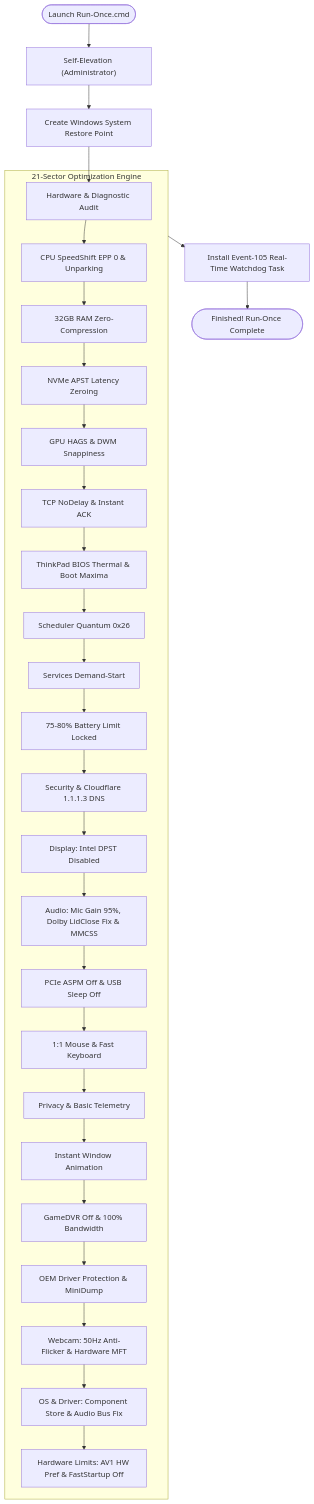
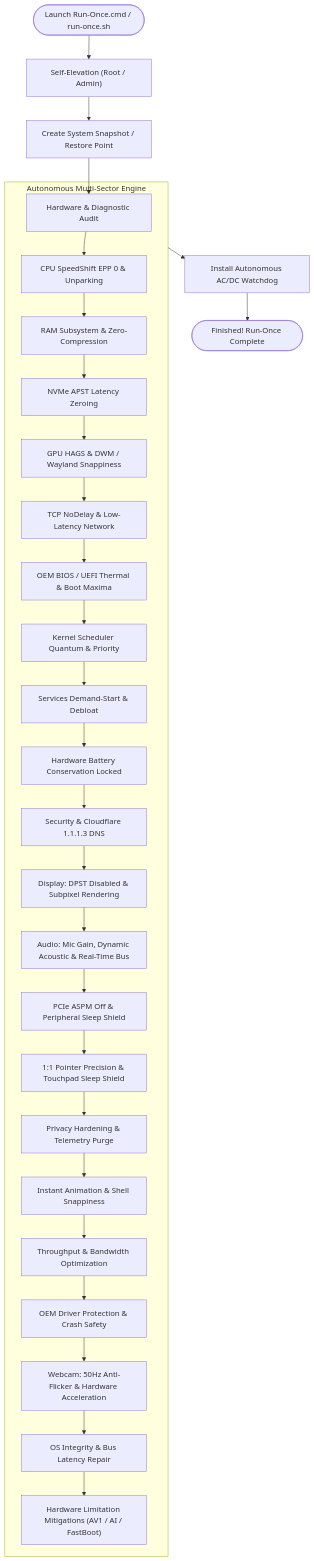
Before and after one commit to ShoumikBalaSomu/Device-Base-Optimization: the first of 2 diagrams in README.md, drawn with Mermaid. The commit also changed other lines of this file, not shown here.

Commit message:
docs: Feature Daffodil DC253D (Windows & Linux) in root matrix, quickstart, and release downloads

````diff
--- a/README.md
+++ b/README.md
@@ -52,33 +54,33 @@
 ```mermaid
 flowchart TD
-    Start(["Launch Run-Once.cmd"]) --> UAC["Self-Elevation (Administrator)"]
-    UAC --> Restore["Create Windows System Restore Point"]
+    Start(["Launch Run-Once.cmd / run-once.sh"]) --> UAC["Self-Elevation (Root / Admin)"]
+    UAC --> Restore["Create System Snapshot / Restore Point"]
     Restore --> Audit["Hardware & Diagnostic Audit"]
     
-    subgraph Execution ["21-Sector Optimization Engine"]
+    subgraph Execution ["Autonomous Multi-Sector Engine"]
         Audit --> S1["CPU SpeedShift EPP 0 & Unparking"]
-        S1 --> S2["32GB RAM Zero-Compression"]
+        S1 --> S2["RAM Subsystem & Zero-Compression"]
         S2 --> S3["NVMe APST Latency Zeroing"]
-        S3 --> S4["GPU HAGS & DWM Snappiness"]
-        S4 --> S5["TCP NoDelay & Instant ACK"]
-        S5 --> S6["ThinkPad BIOS Thermal & Boot Maxima"]
-        S6 --> S7["Scheduler Quantum 0x26"]
-        S7 --> S8["Services Demand-Start"]
-        S8 --> S9["75-80% Battery Limit Locked"]
+        S3 --> S4["GPU HAGS & DWM / Wayland Snappiness"]
+        S4 --> S5["TCP NoDelay & Low-Latency Network"]
+        S5 --> S6["OEM BIOS / UEFI Thermal & Boot Maxima"]
+        S6 --> S7["Kernel Scheduler Quantum & Priority"]
+        S7 --> S8["Services Demand-Start & Debloat"]
+        S8 --> S9["Hardware Battery Conservation Locked"]
         S9 --> S10["Security & Cloudflare 1.1.1.3 DNS"]
-        S10 --> S11["Display: Intel DPST Disabled"]
-        S11 --> S12["Audio: Mic Gain 95%, Dolby LidClose Fix & MMCSS"]
-        S12 --> S13["PCIe ASPM Off & USB Sleep Off"]
-        S13 --> S14["1:1 Mouse & Fast Keyboard"]
-        S14 --> S15["Privacy & Basic Telemetry"]
-        S15 --> S16["Instant Window Animation"]
-        S16 --> S17["GameDVR Off & 100% Bandwidth"]
-        S17 --> S18["OEM Driver Protection & MiniDump"]
-        S18 --> S19["Webcam: 50Hz Anti-Flicker & Hardware MFT"]
-        S19 --> S20["OS & Driver: Component Store & Audio Bus Fix"]
-        S20 --> S21["Hardware Limits: AV1 HW Pref & FastStartup Off"]
+        S10 --> S11["Display: DPST Disabled & Subpixel Rendering"]
+        S11 --> S12["Audio: Mic Gain, Dynamic Acoustic & Real-Time Bus"]
+        S12 --> S13["PCIe ASPM Off & Peripheral Sleep Shield"]
+        S13 --> S14["1:1 Pointer Precision & Touchpad Sleep Shield"]
+        S14 --> S15["Privacy Hardening & Telemetry Purge"]
+        S15 --> S16["Instant Animation & Shell Snappiness"]
+        S16 --> S17["Throughput & Bandwidth Optimization"]
+        S17 --> S18["OEM Driver Protection & Crash Safety"]
+        S18 --> S19["Webcam: 50Hz Anti-Flicker & Hardware Acceleration"]
+        S19 --> S20["OS Integrity & Bus Latency Repair"]
+        S20 --> S21["Hardware Limitation Mitigations (AV1 / AI / FastBoot)"]
     end
     
-    Execution --> Watchdog["Install Event-105 Real-Time Watchdog Task"]
+    Execution --> Watchdog["Install Autonomous AC/DC Watchdog"]
     Watchdog --> Complete(["Finished! Run-Once Complete"])
 ```
````
